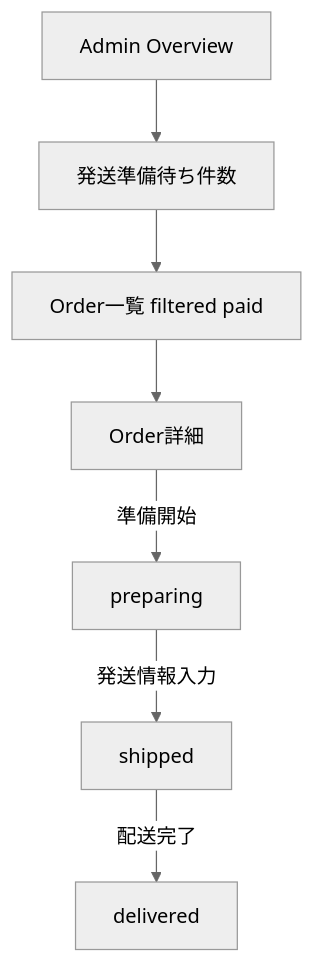
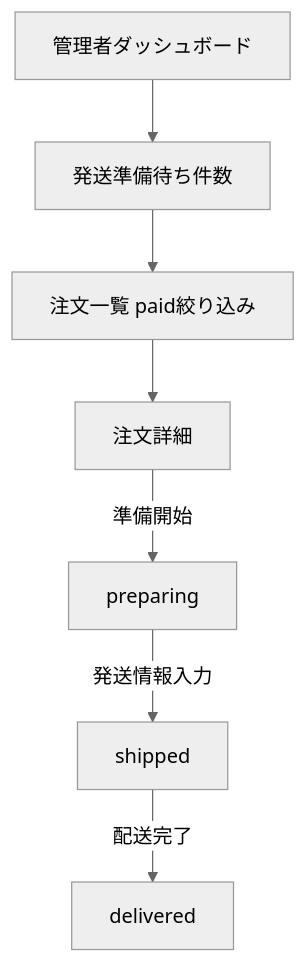
One commit to ryu-yoshikawa-pro-vision/qa-training-store changed the third of 4 diagrams in docs/06_flows/user_flows.md. Above: the diagram before and after it, drawn with Mermaid (neutral theme). The commit also changed other lines of this file and 125 other files, not shown here.

````diff
--- a/docs/06_flows/user_flows.md
+++ b/docs/06_flows/user_flows.md
@@ -68,9 +68,9 @@
 ```mermaid
 flowchart TD
-  A[Admin Overview] --> B[発送準備待ち件数]
-  B --> C[Order一覧 filtered paid]
-  C --> D[Order詳細]
+  A[管理者ダッシュボード] --> B[発送準備待ち件数]
+  B --> C[注文一覧 paid絞り込み]
+  C --> D[注文詳細]
   D -->|準備開始| E[preparing]
   E -->|発送情報入力| F[shipped]
   F -->|配送完了| G[delivered]
 ```
````
